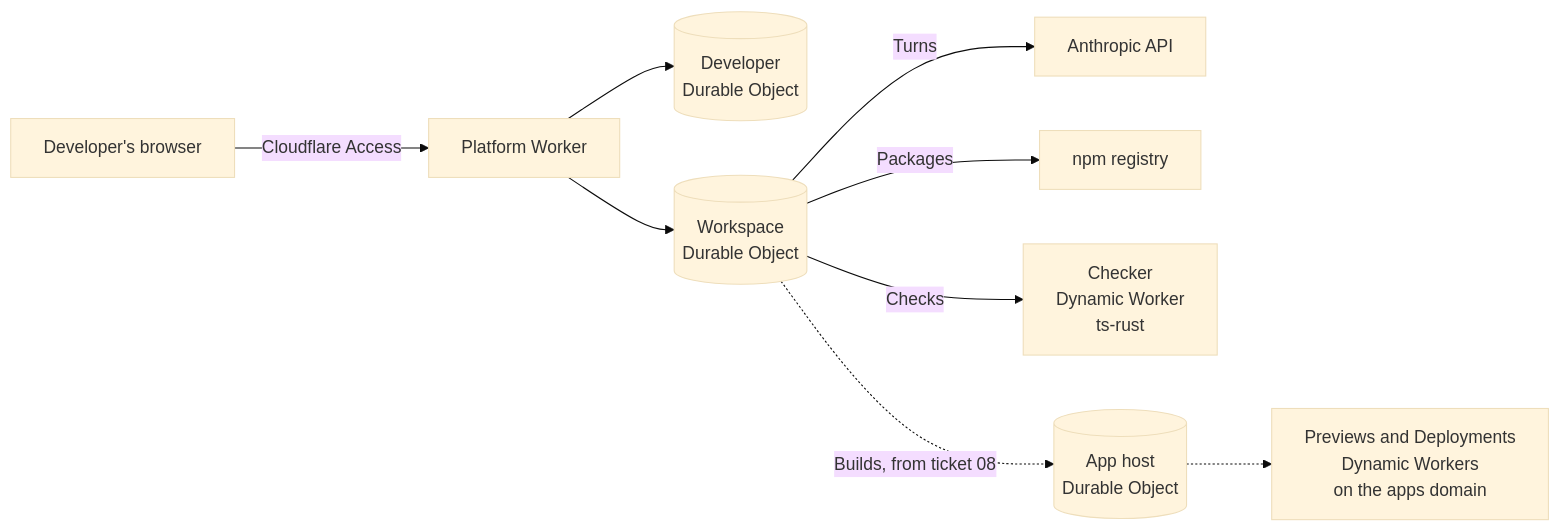
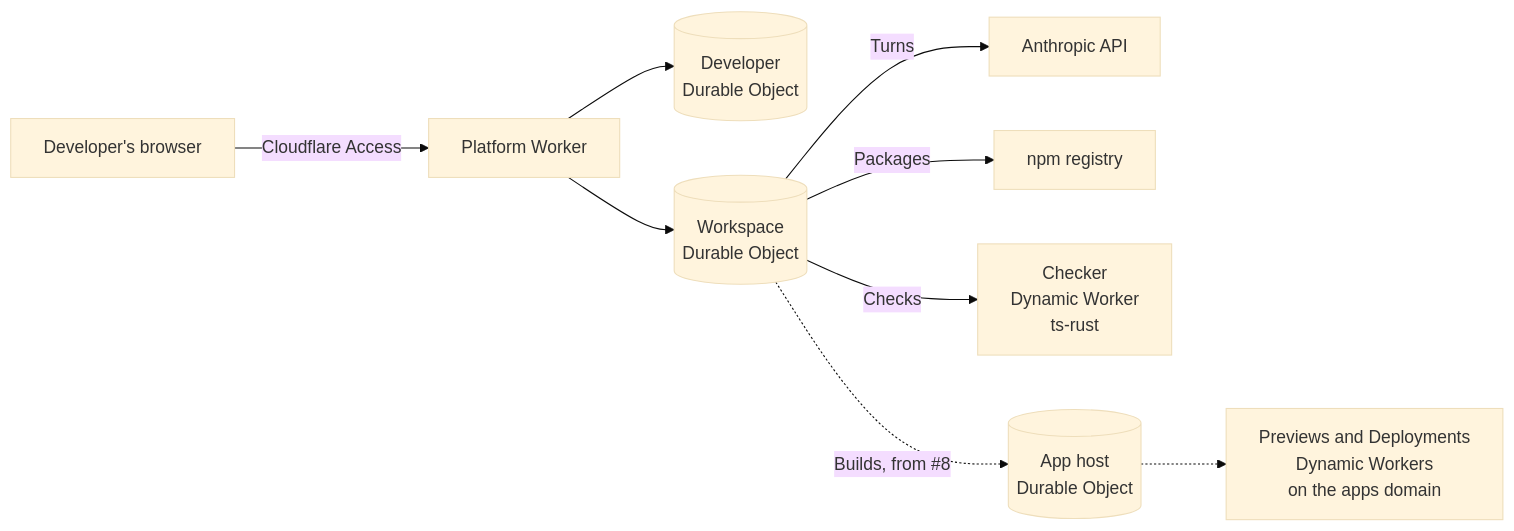
The diagram in README.md (moverperfect/jigworks), drawn with Mermaid (base theme) before and after one commit. The commit also changed other lines of this file and 8 other files, not shown here.

````diff
--- a/README.md
+++ b/README.md
@@ -23,11 +23,11 @@
 ```mermaid
 flowchart LR
   browser[Developer's browser] -->|Cloudflare Access| platform[Platform Worker]
   platform --> developer[(Developer<br/>Durable Object)]
   platform --> workspace[(Workspace<br/>Durable Object)]
   workspace -->|Turns| anthropic[Anthropic API]
   workspace -->|Packages| npm[npm registry]
   workspace -->|Checks| checker[Checker<br/>Dynamic Worker<br/>ts-rust]
-  workspace -.->|Builds, from ticket 08| apphost[(App host<br/>Durable Object)]
+  workspace -.->|Builds, from #8| apphost[(App host<br/>Durable Object)]
   apphost -.-> apps[Previews and Deployments<br/>Dynamic Workers<br/>on the apps domain]
 ```
````
